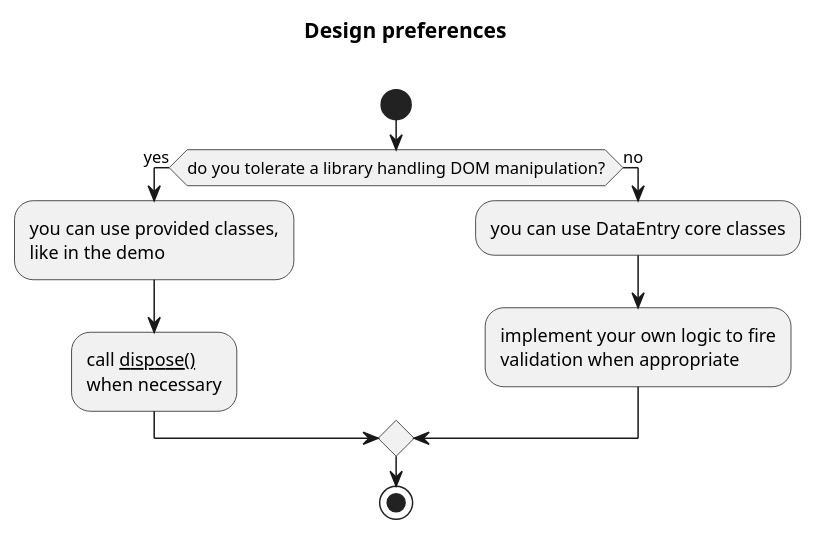
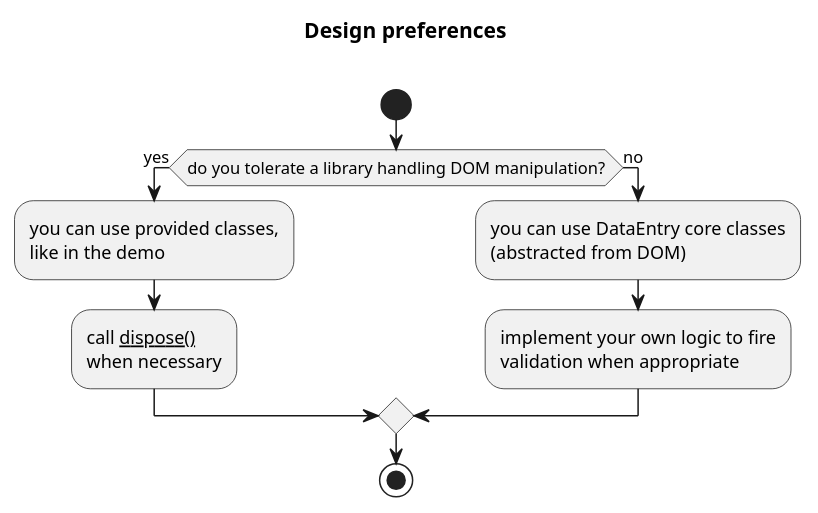
Before and after one commit to RobertoPrevato/DataEntry: the diagram in docs/framework-preference.wsd, drawn with PlantUML. The commit also changed 6 other files, not shown here.

Commit message:
fixes, adds diagram svg

```diff
--- a/docs/framework-preference.wsd
+++ b/docs/framework-preference.wsd
@@ -1,15 +1,15 @@
 @startuml
 
 start
 title Design preferences\n
 
 if (do you tolerate a library handling DOM manipulation?) then (yes)
   :you can use provided classes,\nlike in the demo;
   :call __dispose()__\nwhen necessary;
 else (no)
-  :you can use DataEntry core classes;
+  :you can use DataEntry core classes\n(abstracted from DOM);
   :implement your own logic to fire\nvalidation when appropriate;
 endif
 stop
 
 @enduml
```
